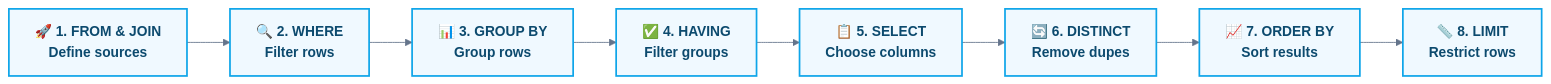
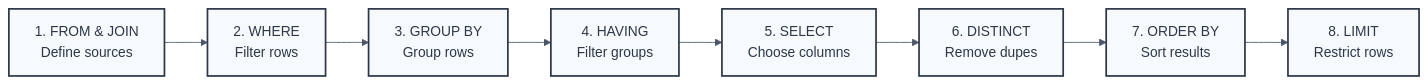
One commit to MayankBambal/mayankbambal.github.io changed the diagram in super_sql_guide/cheat_sheet/Chapter1/Introduction.md. Above: the diagram before and after it, drawn with Mermaid. The commit also changed other lines of this file and 3 other files, not shown here.

````diff
--- a/super_sql_guide/cheat_sheet/Chapter1/Introduction.md
+++ b/super_sql_guide/cheat_sheet/Chapter1/Introduction.md
@@ -11,27 +13,27 @@
 ```mermaid
 ---
 config:
   theme: base
   themeVariables:
-    primaryColor: '#0ea5e9'
+    primaryColor: '#2d3748'
     primaryTextColor: '#ffffff'
-    primaryBorderColor: '#0284c7'
-    lineColor: '#64748b'
-    secondaryColor: '#f0f9ff'
+    primaryBorderColor: '#1a202c'
+    lineColor: '#4a5568'
+    secondaryColor: '#f7fafc'
     background: '#ffffff'
     fontSize: '16px'
 ---
 flowchart LR
-    A["🚀 1. FROM & JOIN<br/>Define sources"] 
-    B["🔍 2. WHERE<br/>Filter rows"]
-    C["📊 3. GROUP BY<br/>Group rows"]
-    D["✅ 4. HAVING<br/>Filter groups"]
-    E["📋 5. SELECT<br/>Choose columns"]
-    F["🔄 6. DISTINCT<br/>Remove dupes"]
-    G["📈 7. ORDER BY<br/>Sort results"]
-    H["📏 8. LIMIT<br/>Restrict rows"]
+    A["1. FROM & JOIN<br/>Define sources"] 
+    B["2. WHERE<br/>Filter rows"]
+    C["3. GROUP BY<br/>Group rows"]
+    D["4. HAVING<br/>Filter groups"]
+    E["5. SELECT<br/>Choose columns"]
+    F["6. DISTINCT<br/>Remove dupes"]
+    G["7. ORDER BY<br/>Sort results"]
+    H["8. LIMIT<br/>Restrict rows"]
     
     A --> B --> C --> D --> E --> F --> G --> H
     
-    classDef default fill:#f0f9ff,stroke:#0ea5e9,stroke-width:2px,color:#0c4a6e,font-weight:bold
+    classDef default fill:#f7fafc,stroke:#2d3748,stroke-width:2px,color:#2d3748
 ```
````
